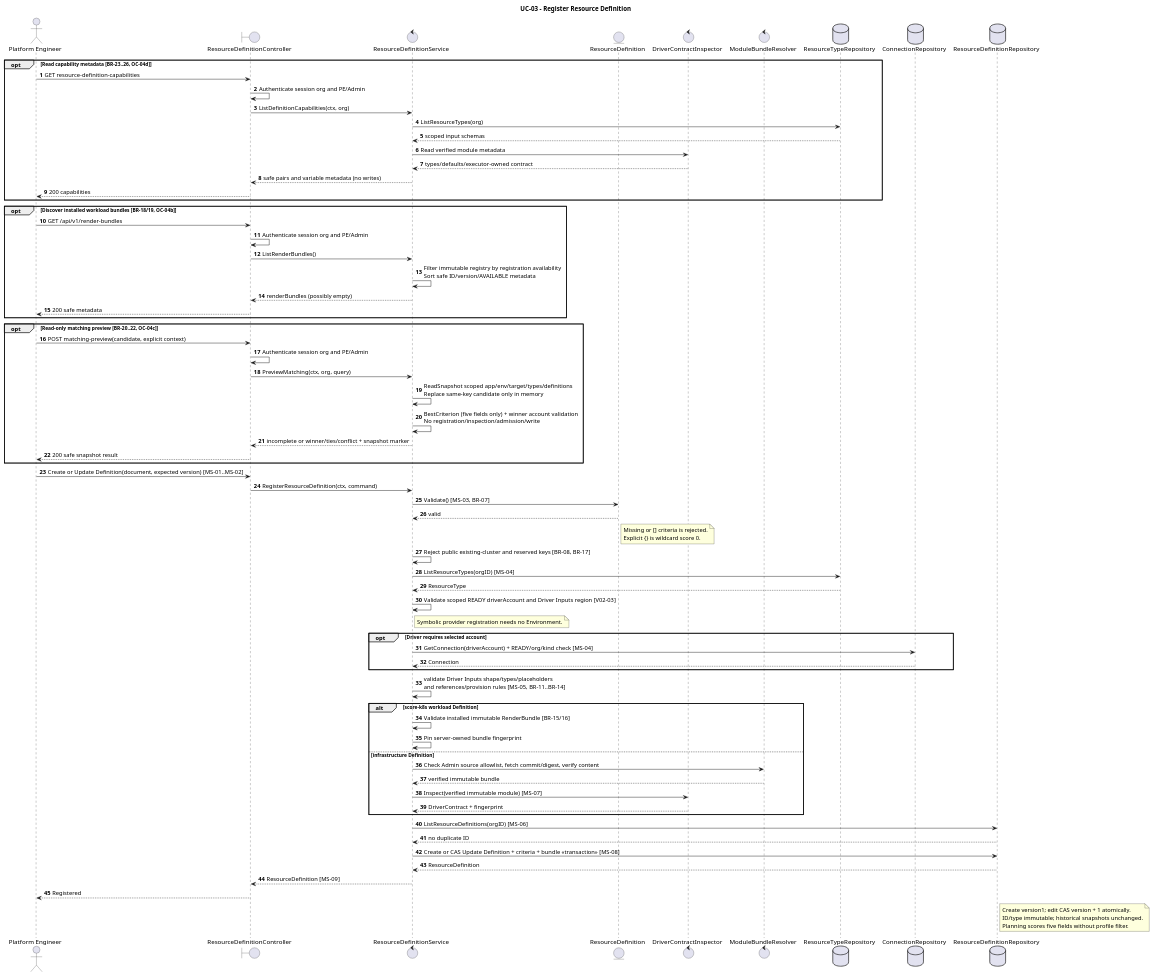
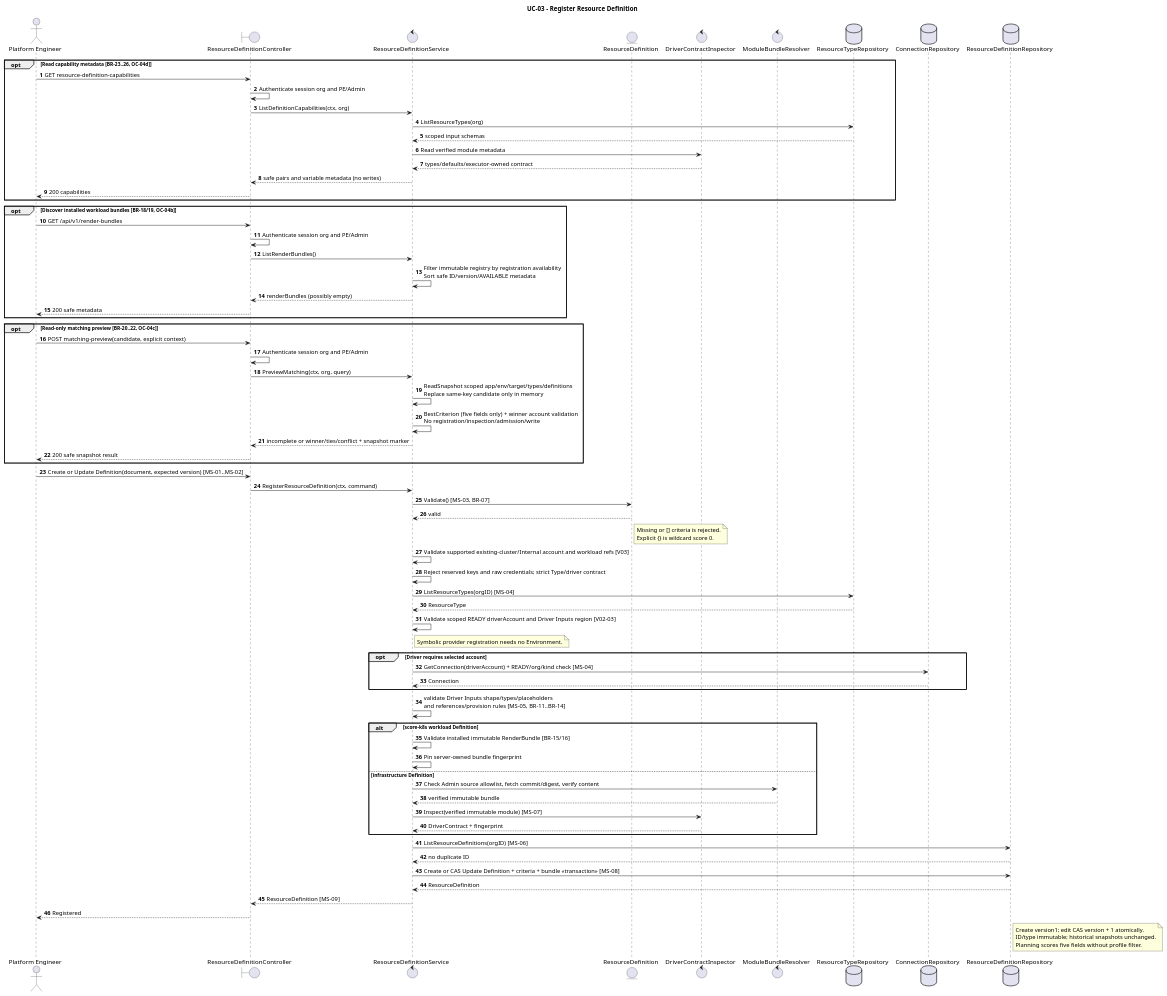
One commit to pr3s3nt/poc changed the diagram in orchestrator_docs/usecase/UC-03/sequence.puml. Above: the diagram before and after it, drawn with PlantUML. The commit also changed 217 other files, not shown here.

```diff
--- a/orchestrator_docs/usecase/UC-03/sequence.puml
+++ b/orchestrator_docs/usecase/UC-03/sequence.puml
@@ -1,84 +1,85 @@
 @startuml
 title UC-03 - Register Resource Definition
 autonumber
 actor "Platform Engineer" as PE
 boundary ResourceDefinitionController as API
 control ResourceDefinitionService as Service
 entity ResourceDefinition as Validator
 control DriverContractInspector as Inspector
 control ModuleBundleResolver as Modules
 database ResourceTypeRepository as TypeRepo
 database ConnectionRepository as ConnectionRepo
 database ResourceDefinitionRepository as DefinitionRepo
 
 opt Read capability metadata [BR-23..26, OC-04d]
 PE -> API: GET resource-definition-capabilities
 API -> API: Authenticate session org and PE/Admin
 API -> Service: ListDefinitionCapabilities(ctx, org)
 Service -> TypeRepo: ListResourceTypes(org)
 TypeRepo --> Service: scoped input schemas
 Service -> Inspector: Read verified module metadata
 Inspector --> Service: types/defaults/executor-owned contract
 Service --> API: safe pairs and variable metadata (no writes)
 API --> PE: 200 capabilities
 end
 
 opt Discover installed workload bundles [BR-18/19, OC-04b]
 PE -> API: GET /api/v1/render-bundles
 API -> API: Authenticate session org and PE/Admin
 API -> Service: ListRenderBundles()
 Service -> Service: Filter immutable registry by registration availability\nSort safe ID/version/AVAILABLE metadata
 Service --> API: renderBundles (possibly empty)
 API --> PE: 200 safe metadata
 end
 
 opt Read-only matching preview [BR-20..22, OC-04c]
 PE -> API: POST matching-preview(candidate, explicit context)
 API -> API: Authenticate session org and PE/Admin
 API -> Service: PreviewMatching(ctx, org, query)
 Service -> Service: ReadSnapshot scoped app/env/target/types/definitions\nReplace same-key candidate only in memory
 Service -> Service: BestCriterion (five fields only) + winner account validation\nNo registration/inspection/admission/write
 Service --> API: incomplete or winner/ties/conflict + snapshot marker
 API --> PE: 200 safe snapshot result
 end
 
 PE -> API: Create or Update Definition(document, expected version) [MS-01..MS-02]
 API -> Service: RegisterResourceDefinition(ctx, command)
 Service -> Validator: Validate() [MS-03, BR-07]
 Validator --> Service: valid
 note right of Validator
 Missing or [] criteria is rejected.
 Explicit {} is wildcard score 0.
 end note
-Service -> Service: Reject public existing-cluster and reserved keys [BR-08, BR-17]
+Service -> Service: Validate supported existing-cluster/Internal account and workload refs [V03]
+Service -> Service: Reject reserved keys and raw credentials; strict Type/driver contract
 Service -> TypeRepo: ListResourceTypes(orgID) [MS-04]
 TypeRepo --> Service: ResourceType
 Service -> Service: Validate scoped READY driverAccount and Driver Inputs region [V02-03]
 note right of Service: Symbolic provider registration needs no Environment.
 opt Driver requires selected account
 Service -> ConnectionRepo: GetConnection(driverAccount) + READY/org/kind check [MS-04]
 ConnectionRepo --> Service: Connection
 end
 Service -> Service: validate Driver Inputs shape/types/placeholders\nand references/provision rules [MS-05, BR-11..BR-14]
 alt score-k8s workload Definition
   Service -> Service: Validate installed immutable RenderBundle [BR-15/16]
   Service -> Service: Pin server-owned bundle fingerprint
 else infrastructure Definition
   Service -> Modules: Check Admin source allowlist, fetch commit/digest, verify content
   Modules --> Service: verified immutable bundle
   Service -> Inspector: Inspect(verified immutable module) [MS-07]
   Inspector --> Service: DriverContract + fingerprint
 end
 Service -> DefinitionRepo: ListResourceDefinitions(orgID) [MS-06]
 DefinitionRepo --> Service: no duplicate ID
 Service -> DefinitionRepo: Create or CAS Update Definition + criteria + bundle <<transaction>> [MS-08]
 DefinitionRepo --> Service: ResourceDefinition
 Service --> API: ResourceDefinition [MS-09]
 API --> PE: Registered
 note right of DefinitionRepo
 Create version1; edit CAS version + 1 atomically.
 ID/type immutable; historical snapshots unchanged.
 Planning scores five fields without profile filter.
 end note
 
 @enduml
```
